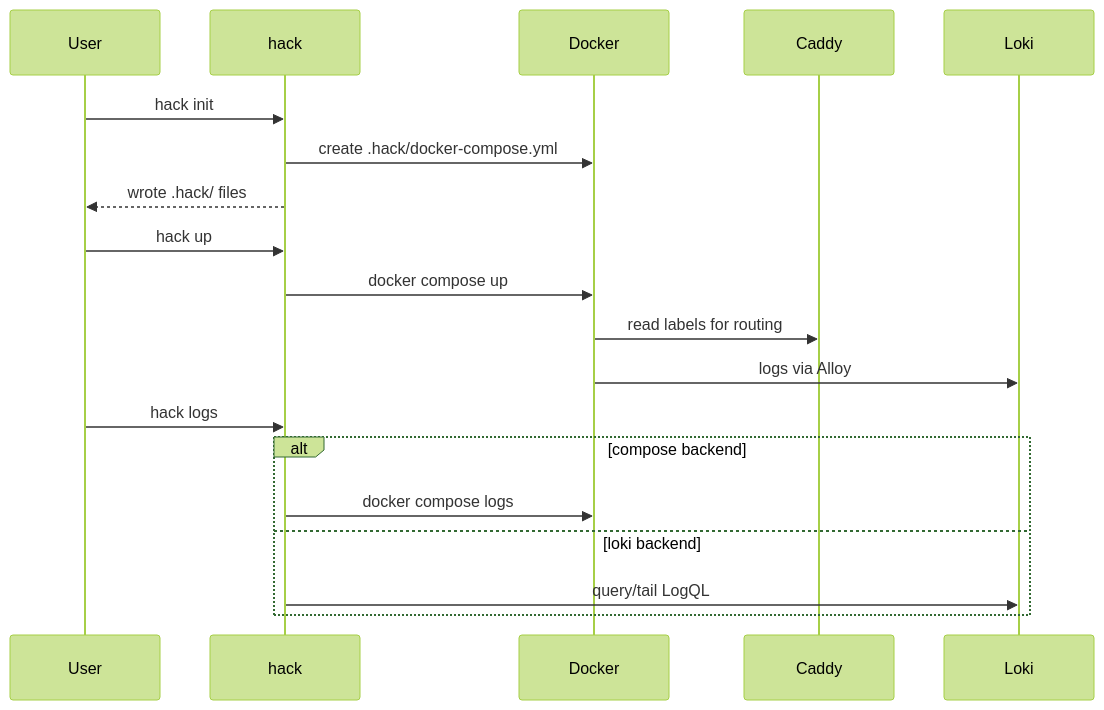
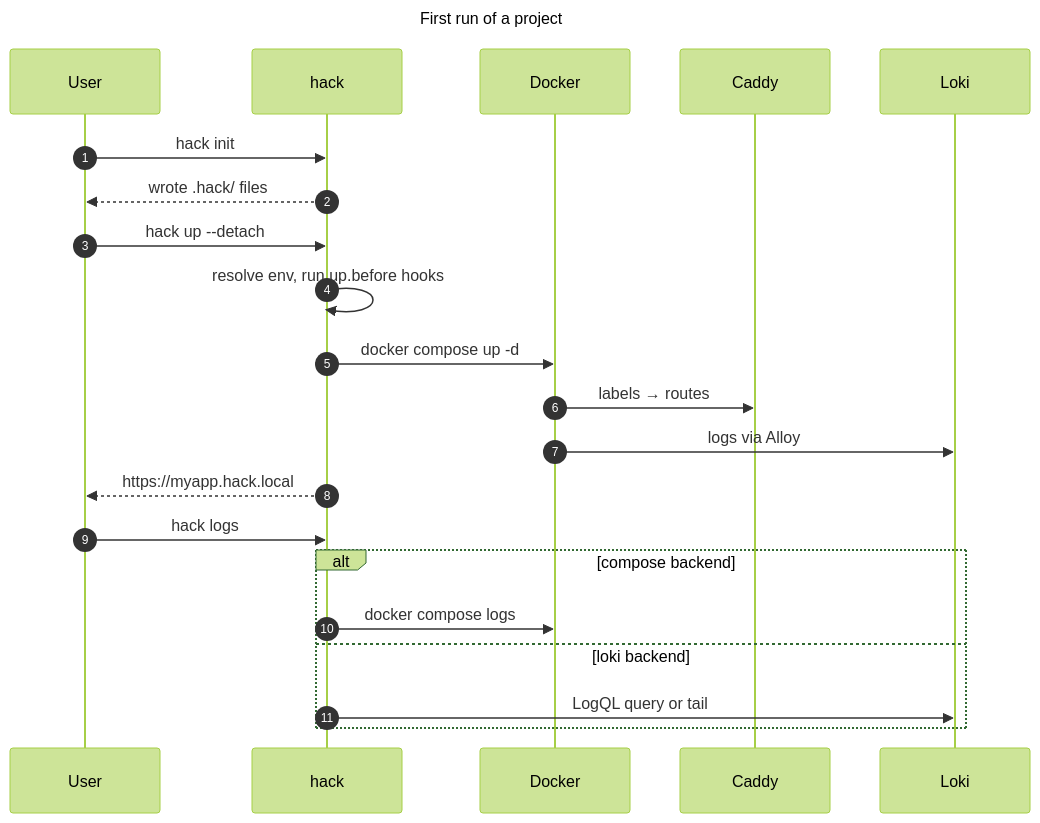
The sixth of 12 diagrams in docs/architecture.md (hack-dance/hack), drawn with Mermaid (forest theme) before and after one commit. The commit also changed other lines of this file, not shown here.

First line of the commit message:
docs(architecture): rewrite for v5 with current diagrams

````diff
--- a/docs/architecture.md
+++ b/docs/architecture.md
@@ -157,24 +252,26 @@
 ```mermaid
+---
+title: First run of a project
+---
 sequenceDiagram
+  autonumber
   participant User
   participant CLI as hack
   participant Docker
   participant Caddy
   participant Loki
-
   User->>CLI: hack init
-  CLI->>Docker: create .hack/docker-compose.yml
   CLI-->>User: wrote .hack/ files
-
-  User->>CLI: hack up
-  CLI->>Docker: docker compose up
-  Docker->>Caddy: read labels for routing
+  User->>CLI: hack up --detach
+  CLI->>CLI: resolve env, run up.before hooks
+  CLI->>Docker: docker compose up -d
+  Docker->>Caddy: labels → routes
   Docker->>Loki: logs via Alloy
-
+  CLI-->>User: https://myapp.hack.local
   User->>CLI: hack logs
   alt compose backend
     CLI->>Docker: docker compose logs
   else loki backend
-    CLI->>Loki: query/tail LogQL
+    CLI->>Loki: LogQL query or tail
   end
 ```
````
